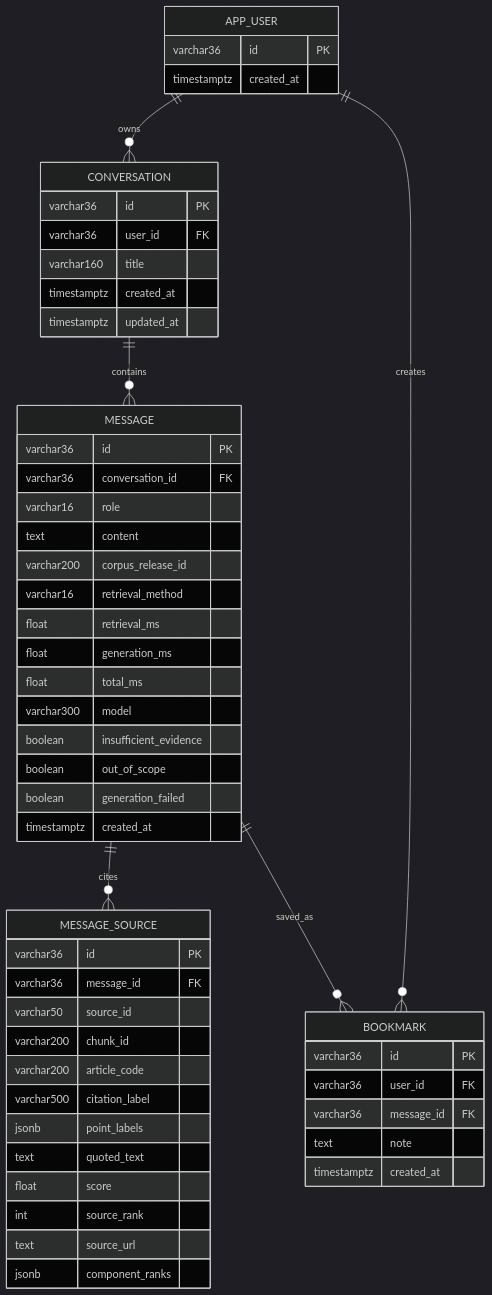
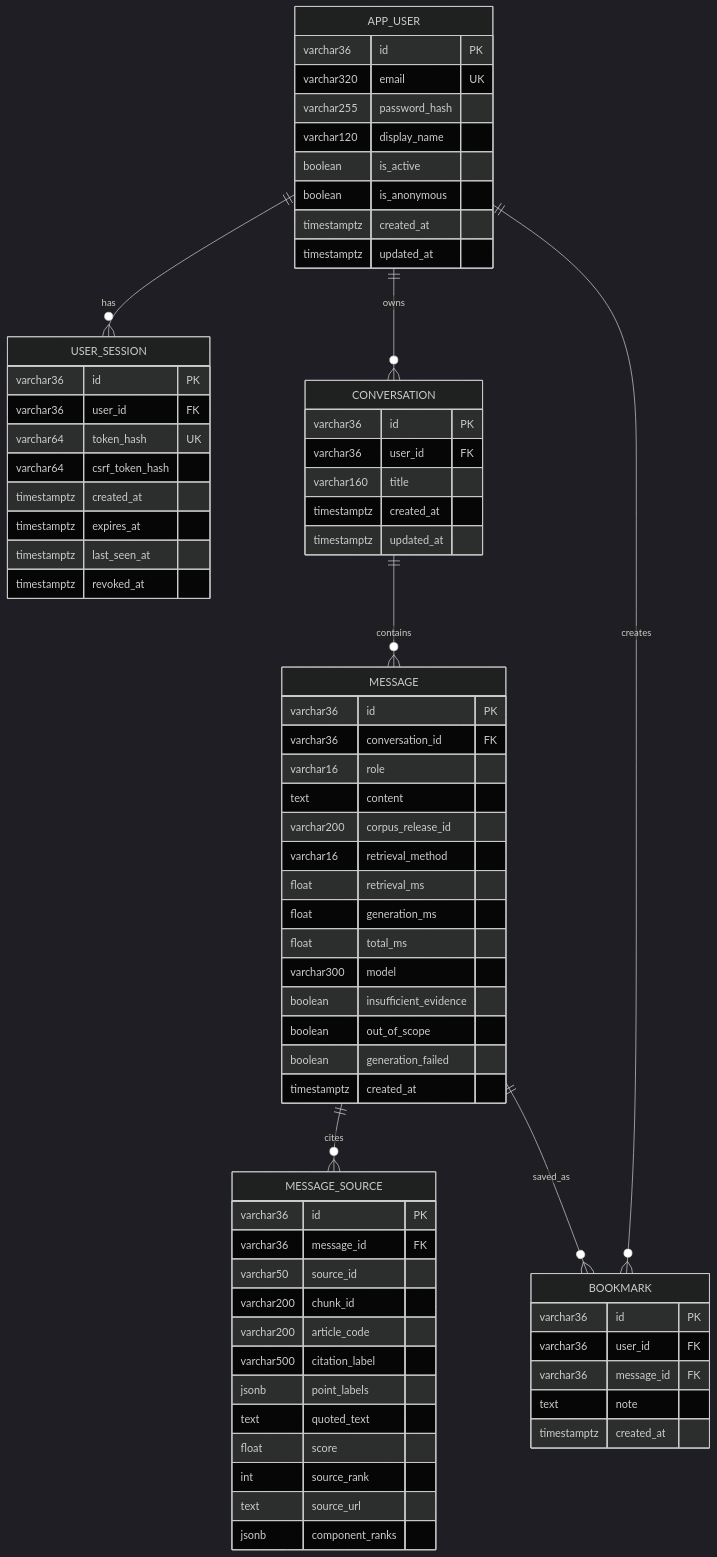
One commit to hauct131/vn-labor-law-rag changed the diagram in docs/ERD_CONVERSATION_HISTORY.md. Above: the diagram before and after it, drawn with Mermaid (dark theme). The commit also changed other lines of this file and 35 other files, not shown here.

````diff
--- a/docs/ERD_CONVERSATION_HISTORY.md
+++ b/docs/ERD_CONVERSATION_HISTORY.md
@@ -3,61 +3,79 @@
 ```mermaid
 erDiagram
+    APP_USER ||--o{ USER_SESSION : has
     APP_USER ||--o{ CONVERSATION : owns
     CONVERSATION ||--o{ MESSAGE : contains
     MESSAGE ||--o{ MESSAGE_SOURCE : cites
     APP_USER ||--o{ BOOKMARK : creates
     MESSAGE ||--o{ BOOKMARK : saved_as
 
     APP_USER {
         varchar36 id PK
+        varchar320 email UK
+        varchar255 password_hash
+        varchar120 display_name
+        boolean is_active
+        boolean is_anonymous
         timestamptz created_at
+        timestamptz updated_at
+    }
+
+    USER_SESSION {
+        varchar36 id PK
+        varchar36 user_id FK
+        varchar64 token_hash UK
+        varchar64 csrf_token_hash
+        timestamptz created_at
+        timestamptz expires_at
+        timestamptz last_seen_at
+        timestamptz revoked_at
     }
 
     CONVERSATION {
         varchar36 id PK
         varchar36 user_id FK
         varchar160 title
         timestamptz created_at
         timestamptz updated_at
     }
 
     MESSAGE {
         varchar36 id PK
         varchar36 conversation_id FK
         varchar16 role
         text content
         varchar200 corpus_release_id
         varchar16 retrieval_method
         float retrieval_ms
         float generation_ms
         float total_ms
         varchar300 model
         boolean insufficient_evidence
         boolean out_of_scope
         boolean generation_failed
         timestamptz created_at
     }
 
     MESSAGE_SOURCE {
         varchar36 id PK
         varchar36 message_id FK
         varchar50 source_id
         varchar200 chunk_id
         varchar200 article_code
         varchar500 citation_label
         jsonb point_labels
         text quoted_text
         float score
         int source_rank
         text source_url
         jsonb component_ranks
     }
 
     BOOKMARK {
         varchar36 id PK
         varchar36 user_id FK
         varchar36 message_id FK
         text note
         timestamptz created_at
     }
 ```
````
